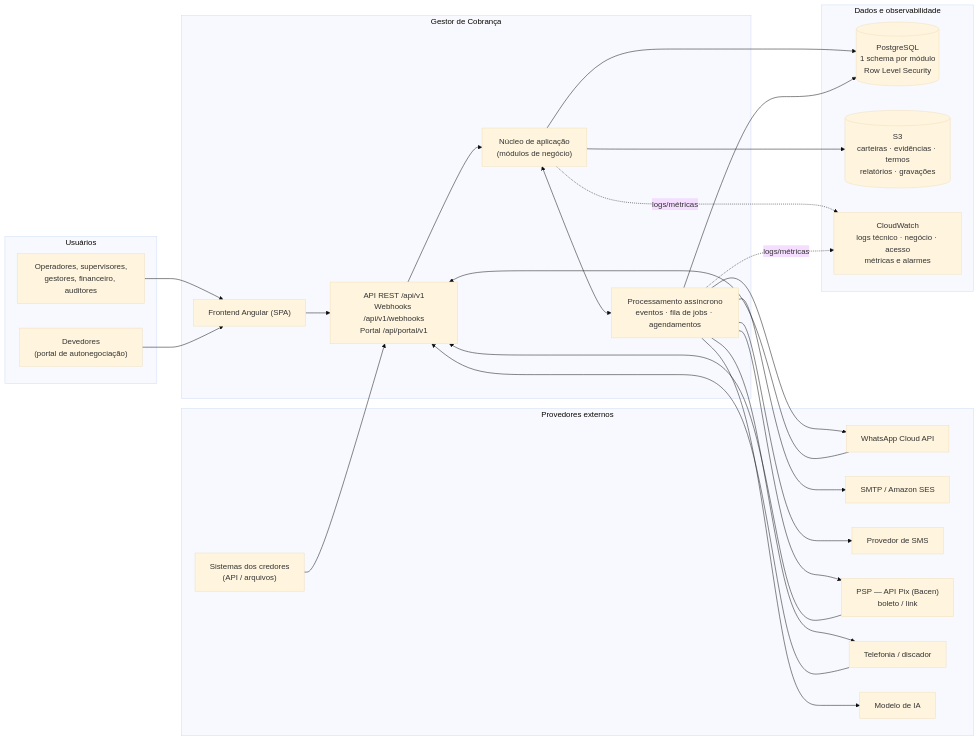
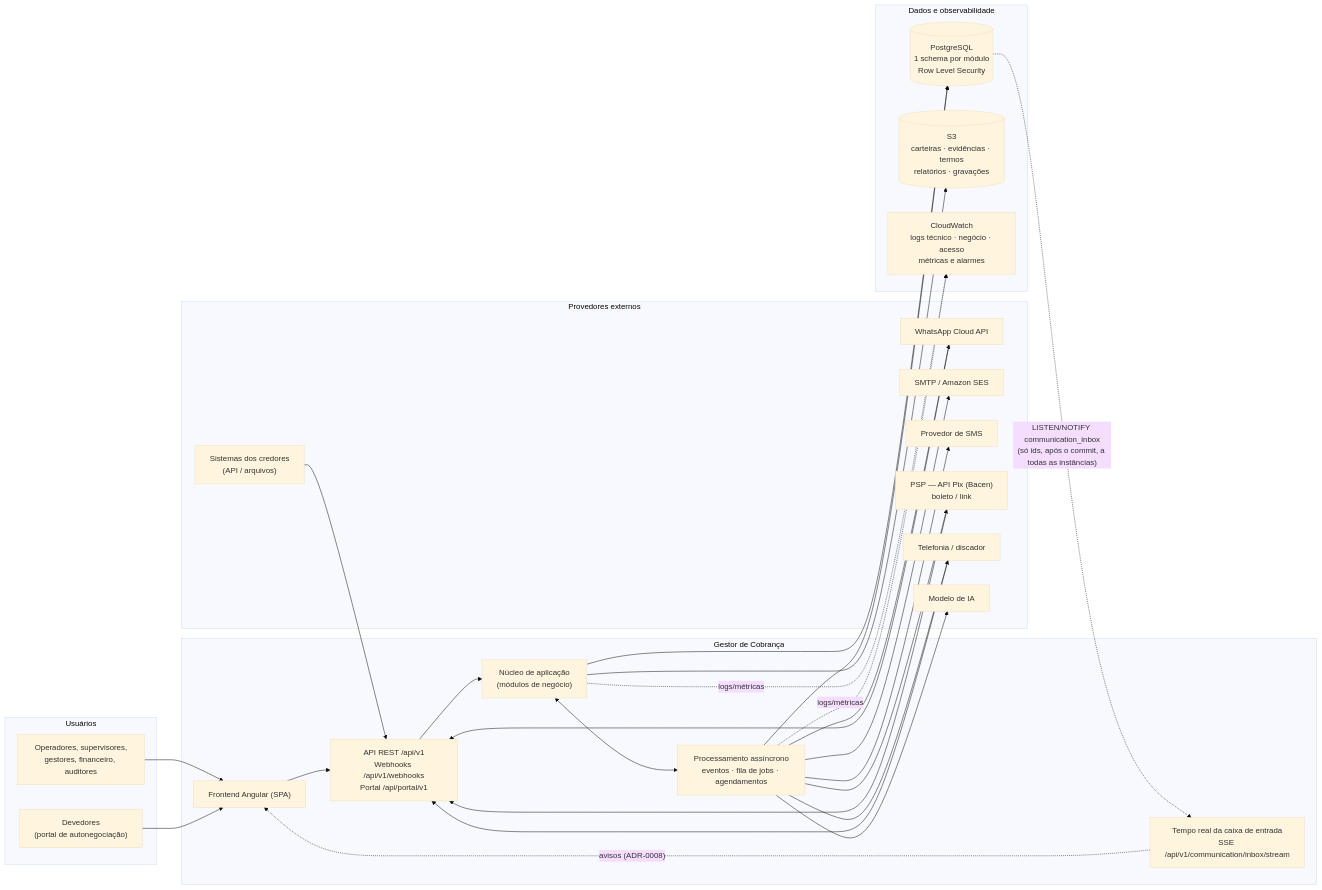
One commit to marcoskapp/gestor_cobranca changed the first of 6 diagrams in docs/arquitetura/topologia-logica.md. Above: the diagram before and after it, drawn with Mermaid (base theme). The commit also changed other lines of this file and 12 other files, not shown here.

First line of the commit message:
Documenta as lacunas de API: segurança, desenhos, métricas, ADR-0008, alarmes e decisões

````diff
--- a/docs/arquitetura/topologia-logica.md
+++ b/docs/arquitetura/topologia-logica.md
@@ -7,43 +7,46 @@
 ```mermaid
 flowchart LR
     subgraph Usuarios["Usuários"]
         OP["Operadores, supervisores,<br/>gestores, financeiro, auditores"]
         DEV["Devedores<br/>(portal de autonegociação)"]
     end
 
     subgraph Externos["Provedores externos"]
         WA["WhatsApp Cloud API"]
         MAIL["SMTP / Amazon SES"]
         SMS["Provedor de SMS"]
         PSP["PSP — API Pix (Bacen)<br/>boleto / link"]
         CTI["Telefonia / discador"]
         IA["Modelo de IA"]
         CRED["Sistemas dos credores<br/>(API / arquivos)"]
     end
 
     subgraph Plataforma["Gestor de Cobrança"]
         SPA["Frontend Angular (SPA)"]
         API["API REST /api/v1<br/>Webhooks /api/v1/webhooks<br/>Portal /api/portal/v1"]
+        SSE["Tempo real da caixa de entrada<br/>SSE /api/v1/communication/inbox/stream"]
         CORE["Núcleo de aplicação<br/>(módulos de negócio)"]
         JOBS["Processamento assíncrono<br/>eventos · fila de jobs · agendamentos"]
     end
 
     subgraph Dados["Dados e observabilidade"]
         PG[("PostgreSQL<br/>1 schema por módulo<br/>Row Level Security")]
         S3[("S3<br/>carteiras · evidências · termos<br/>relatórios · gravações")]
         CW["CloudWatch<br/>logs técnico · negócio · acesso<br/>métricas e alarmes"]
     end
 
     OP --> SPA --> API
     DEV --> SPA
     CRED --> API
     WA & PSP & CTI --> API
     API --> CORE
     CORE <--> JOBS
     CORE --> PG
     JOBS --> PG
     CORE --> S3
     JOBS --> WA & MAIL & SMS & PSP & CTI & IA
     CORE -. logs/métricas .-> CW
     JOBS -. logs/métricas .-> CW
+    PG -. "LISTEN/NOTIFY communication_inbox<br/>(só ids, após o commit, a todas as instâncias)" .-> SSE
+    SSE -. "avisos (ADR-0008)" .-> SPA
 ```
````
